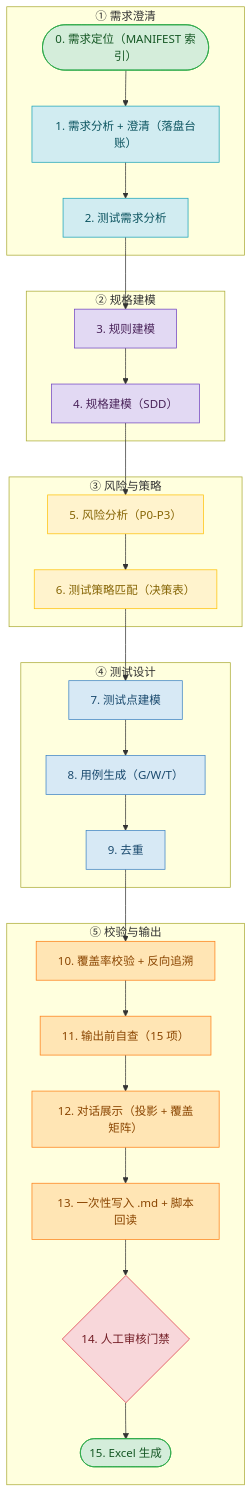
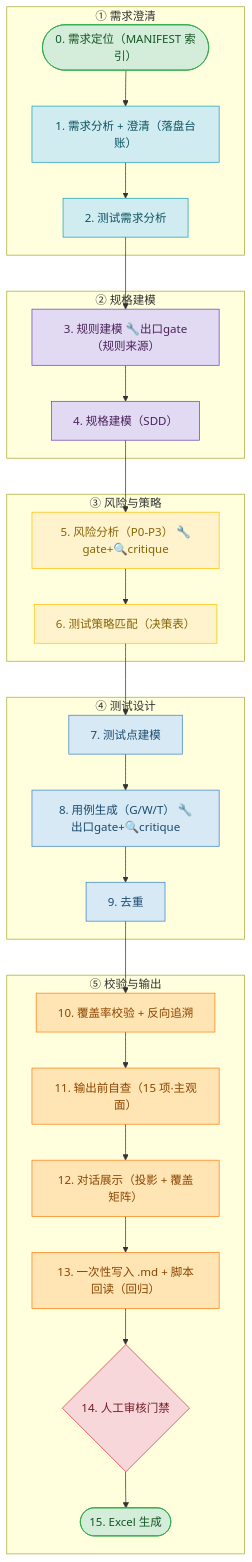
One commit to xiaozhi86/qamaster changed the first of 3 diagrams in README.md. Above: the diagram before and after it, drawn with Mermaid. The commit also changed other lines of this file and 16 other files, not shown here.

````diff
--- a/README.md
+++ b/README.md
@@ -44,53 +45,53 @@
 ```mermaid
 flowchart TD
     subgraph G1["① 需求澄清"]
         P0(["0. 需求定位（MANIFEST 索引）"])
         P1["1. 需求分析 + 澄清（落盘台账）"]
         P2["2. 测试需求分析"]
         P0 --> P1 --> P2
     end
     subgraph G2["② 规格建模"]
-        P3["3. 规则建模"]
+        P3["3. 规则建模 🔧出口gate（规则来源）"]
         P4["4. 规格建模（SDD）"]
         P3 --> P4
     end
     subgraph G3["③ 风险与策略"]
-        P5["5. 风险分析（P0-P3）"]
+        P5["5. 风险分析（P0-P3） 🔧gate+🔍critique"]
         P6["6. 测试策略匹配（决策表）"]
         P5 --> P6
     end
     subgraph G4["④ 测试设计"]
         P7["7. 测试点建模"]
-        P8["8. 用例生成（G/W/T）"]
+        P8["8. 用例生成（G/W/T） 🔧出口gate+🔍critique"]
         P9["9. 去重"]
         P7 --> P8 --> P9
     end
     subgraph G5["⑤ 校验与输出"]
         P10["10. 覆盖率校验 + 反向追溯"]
-        P11["11. 输出前自查（15 项）"]
+        P11["11. 输出前自查（15 项·主观面）"]
         P12["12. 对话展示（投影 + 覆盖矩阵）"]
-        P13["13. 一次性写入 .md + 脚本回读"]
+        P13["13. 一次性写入 .md + 脚本回读（回归）"]
         P14{"14. 人工审核门禁"}
         P15(["15. Excel 生成"])
         P10 --> P11 --> P12 --> P13 --> P14 --> P15
     end
     P2 --> P3
     P4 --> P5
     P6 --> P7
     P9 --> P10
 
     classDef startEnd fill:#d4edda,stroke:#28a745,color:#155724
     classDef clarify fill:#d1ecf1,stroke:#17a2b8,color:#0c5460
     classDef model fill:#e2d9f3,stroke:#6f42c1,color:#4a235a
     classDef risk fill:#fff3cd,stroke:#ffc107,color:#856404
     classDef design fill:#d7e9f5,stroke:#3b82c4,color:#1a4a6e
     classDef check fill:#ffe5b4,stroke:#fd7e14,color:#8a4500
     classDef gate fill:#f8d7da,stroke:#dc3545,color:#721c24
     class P0,P15 startEnd
     class P1,P2 clarify
     class P3,P4 model
     class P5,P6 risk
     class P7,P8,P9 design
     class P10,P11,P12,P13 check
     class P14 gate
 ```
````
